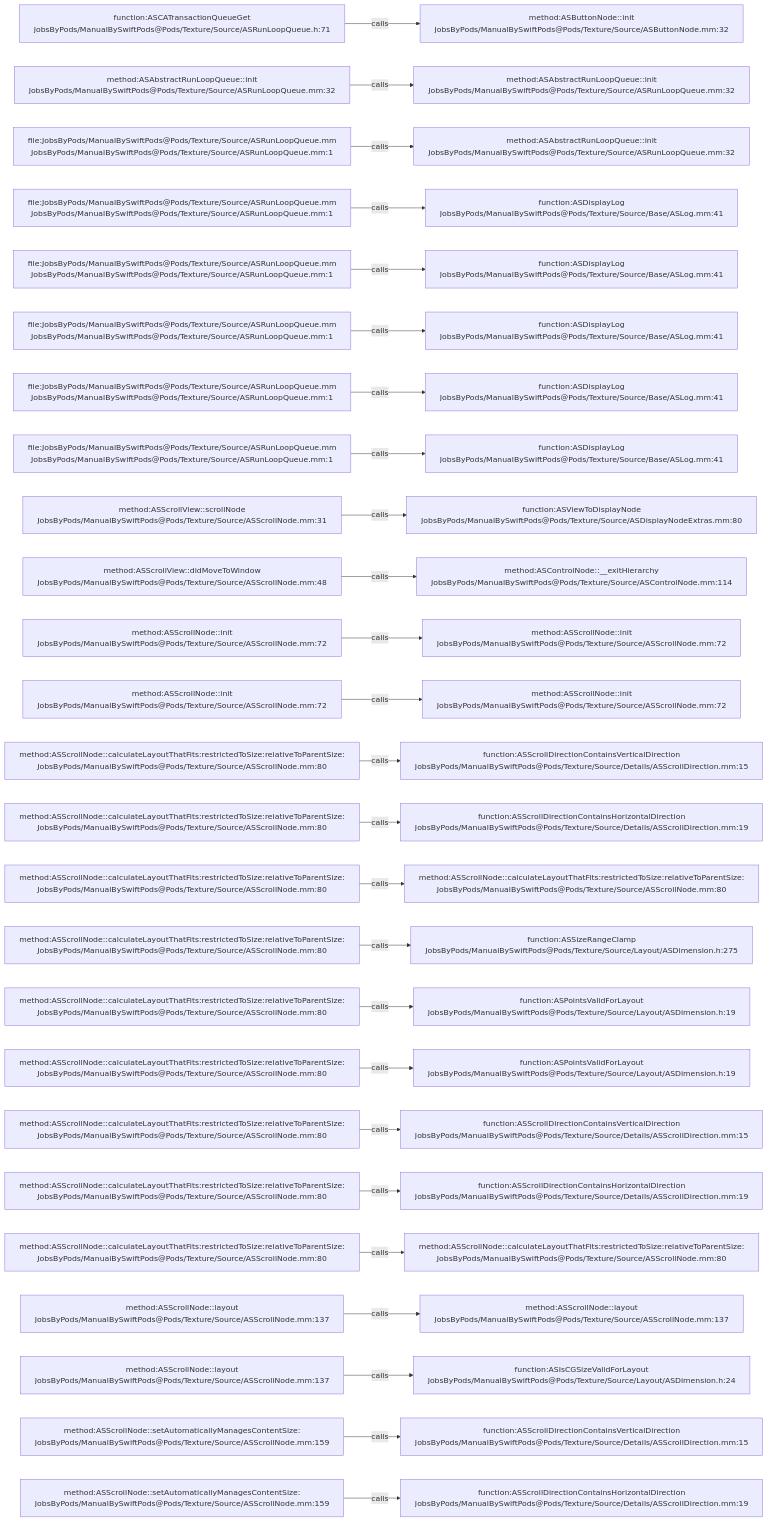
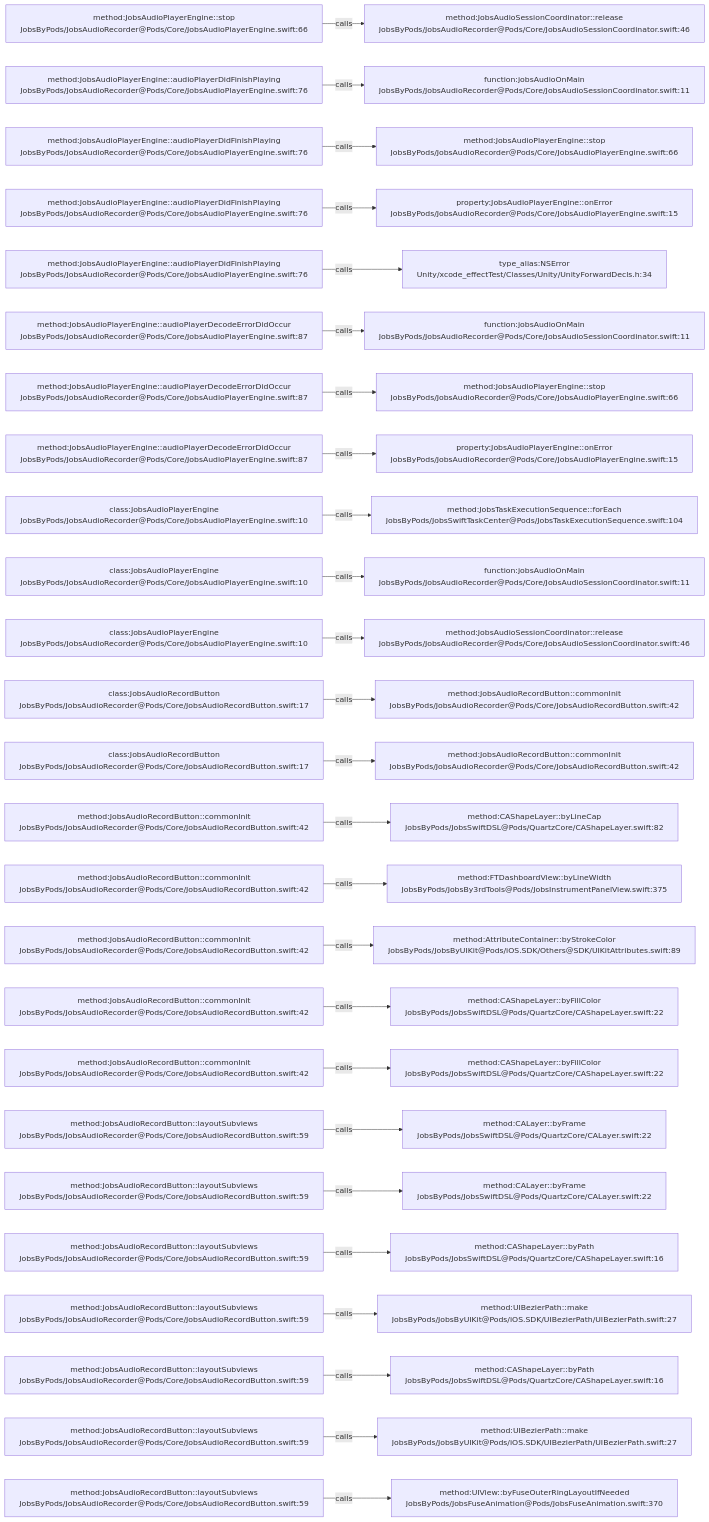
One commit to JobsKits/JobsSwiftBaseConfigDemo changed the diagram in .codegraph/codegraph.md/graphs/calls-053.md. Above: the diagram before and after it, drawn with Mermaid. The commit also changed 224 other files, not shown here.

````diff
--- a/.codegraph/codegraph.md/graphs/calls-053.md
+++ b/.codegraph/codegraph.md/graphs/calls-053.md
@@ -13,78 +13,78 @@
 ```mermaid
 flowchart LR
-  S1["function:ASCATransactionQueueGet<br/>JobsByPods/ManualBySwiftPods@Pods/Texture/Source/ASRunLoopQueue.h:71"]
-  T1["method:ASButtonNode::init<br/>JobsByPods/ManualBySwiftPods@Pods/Texture/Source/ASButtonNode.mm:32"]
+  S1["method:JobsAudioPlayerEngine::stop<br/>JobsByPods/JobsAudioRecorder@Pods/Core/JobsAudioPlayerEngine.swift:66"]
+  T1["method:JobsAudioSessionCoordinator::release<br/>JobsByPods/JobsAudioRecorder@Pods/Core/JobsAudioSessionCoordinator.swift:46"]
   S1 -->|calls| T1
-  S2["method:ASAbstractRunLoopQueue::init<br/>JobsByPods/ManualBySwiftPods@Pods/Texture/Source/ASRunLoopQueue.mm:32"]
-  T2["method:ASAbstractRunLoopQueue::init<br/>JobsByPods/ManualBySwiftPods@Pods/Texture/Source/ASRunLoopQueue.mm:32"]
+  S2["method:JobsAudioPlayerEngine::audioPlayerDidFinishPlaying<br/>JobsByPods/JobsAudioRecorder@Pods/Core/JobsAudioPlayerEngine.swift:76"]
+  T2["function:jobsAudioOnMain<br/>JobsByPods/JobsAudioRecorder@Pods/Core/JobsAudioSessionCoordinator.swift:11"]
   S2 -->|calls| T2
-  S3["file:JobsByPods/ManualBySwiftPods@Pods/Texture/Source/ASRunLoopQueue.mm<br/>JobsByPods/ManualBySwiftPods@Pods/Texture/Source/ASRunLoopQueue.mm:1"]
-  T3["method:ASAbstractRunLoopQueue::init<br/>JobsByPods/ManualBySwiftPods@Pods/Texture/Source/ASRunLoopQueue.mm:32"]
+  S3["method:JobsAudioPlayerEngine::audioPlayerDidFinishPlaying<br/>JobsByPods/JobsAudioRecorder@Pods/Core/JobsAudioPlayerEngine.swift:76"]
+  T3["method:JobsAudioPlayerEngine::stop<br/>JobsByPods/JobsAudioRecorder@Pods/Core/JobsAudioPlayerEngine.swift:66"]
   S3 -->|calls| T3
-  S4["file:JobsByPods/ManualBySwiftPods@Pods/Texture/Source/ASRunLoopQueue.mm<br/>JobsByPods/ManualBySwiftPods@Pods/Texture/Source/ASRunLoopQueue.mm:1"]
-  T4["function:ASDisplayLog<br/>JobsByPods/ManualBySwiftPods@Pods/Texture/Source/Base/ASLog.mm:41"]
+  S4["method:JobsAudioPlayerEngine::audioPlayerDidFinishPlaying<br/>JobsByPods/JobsAudioRecorder@Pods/Core/JobsAudioPlayerEngine.swift:76"]
+  T4["property:JobsAudioPlayerEngine::onError<br/>JobsByPods/JobsAudioRecorder@Pods/Core/JobsAudioPlayerEngine.swift:15"]
   S4 -->|calls| T4
-  S5["file:JobsByPods/ManualBySwiftPods@Pods/Texture/Source/ASRunLoopQueue.mm<br/>JobsByPods/ManualBySwiftPods@Pods/Texture/Source/ASRunLoopQueue.mm:1"]
-  T5["function:ASDisplayLog<br/>JobsByPods/ManualBySwiftPods@Pods/Texture/Source/Base/ASLog.mm:41"]
+  S5["method:JobsAudioPlayerEngine::audioPlayerDidFinishPlaying<br/>JobsByPods/JobsAudioRecorder@Pods/Core/JobsAudioPlayerEngine.swift:76"]
+  T5["type_alias:NSError<br/>Unity/xcode_effectTest/Classes/Unity/UnityForwardDecls.h:34"]
   S5 -->|calls| T5
-  S6["file:JobsByPods/ManualBySwiftPods@Pods/Texture/Source/ASRunLoopQueue.mm<br/>JobsByPods/ManualBySwiftPods@Pods/Texture/Source/ASRunLoopQueue.mm:1"]
-  T6["function:ASDisplayLog<br/>JobsByPods/ManualBySwiftPods@Pods/Texture/Source/Base/ASLog.mm:41"]
+  S6["method:JobsAudioPlayerEngine::audioPlayerDecodeErrorDidOccur<br/>JobsByPods/JobsAudioRecorder@Pods/Core/JobsAudioPlayerEngine.swift:87"]
+  T6["function:jobsAudioOnMain<br/>JobsByPods/JobsAudioRecorder@Pods/Core/JobsAudioSessionCoordinator.swift:11"]
   S6 -->|calls| T6
-  S7["file:JobsByPods/ManualBySwiftPods@Pods/Texture/Source/ASRunLoopQueue.mm<br/>JobsByPods/ManualBySwiftPods@Pods/Texture/Source/ASRunLoopQueue.mm:1"]
-  T7["function:ASDisplayLog<br/>JobsByPods/ManualBySwiftPods@Pods/Texture/Source/Base/ASLog.mm:41"]
+  S7["method:JobsAudioPlayerEngine::audioPlayerDecodeErrorDidOccur<br/>JobsByPods/JobsAudioRecorder@Pods/Core/JobsAudioPlayerEngine.swift:87"]
+  T7["method:JobsAudioPlayerEngine::stop<br/>JobsByPods/JobsAudioRecorder@Pods/Core/JobsAudioPlayerEngine.swift:66"]
   S7 -->|calls| T7
-  S8["file:JobsByPods/ManualBySwiftPods@Pods/Texture/Source/ASRunLoopQueue.mm<br/>JobsByPods/ManualBySwiftPods@Pods/Texture/Source/ASRunLoopQueue.mm:1"]
-  T8["function:ASDisplayLog<br/>JobsByPods/ManualBySwiftPods@Pods/Texture/Source/Base/ASLog.mm:41"]
+  S8["method:JobsAudioPlayerEngine::audioPlayerDecodeErrorDidOccur<br/>JobsByPods/JobsAudioRecorder@Pods/Core/JobsAudioPlayerEngine.swift:87"]
+  T8["property:JobsAudioPlayerEngine::onError<br/>JobsByPods/JobsAudioRecorder@Pods/Core/JobsAudioPlayerEngine.swift:15"]
   S8 -->|calls| T8
-  S9["method:ASScrollView::scrollNode<br/>JobsByPods/ManualBySwiftPods@Pods/Texture/Source/ASScrollNode.mm:31"]
-  T9["function:ASViewToDisplayNode<br/>JobsByPods/ManualBySwiftPods@Pods/Texture/Source/ASDisplayNodeExtras.mm:80"]
+  S9["class:JobsAudioPlayerEngine<br/>JobsByPods/JobsAudioRecorder@Pods/Core/JobsAudioPlayerEngine.swift:10"]
+  T9["method:JobsTaskExecutionSequence::forEach<br/>JobsByPods/JobsSwiftTaskCenter@Pods/JobsTaskExecutionSequence.swift:104"]
   S9 -->|calls| T9
-  S10["method:ASScrollView::didMoveToWindow<br/>JobsByPods/ManualBySwiftPods@Pods/Texture/Source/ASScrollNode.mm:48"]
-  T10["method:ASControlNode::__exitHierarchy<br/>JobsByPods/ManualBySwiftPods@Pods/Texture/Source/ASControlNode.mm:114"]
+  S10["class:JobsAudioPlayerEngine<br/>JobsByPods/JobsAudioRecorder@Pods/Core/JobsAudioPlayerEngine.swift:10"]
+  T10["function:jobsAudioOnMain<br/>JobsByPods/JobsAudioRecorder@Pods/Core/JobsAudioSessionCoordinator.swift:11"]
   S10 -->|calls| T10
-  S11["method:ASScrollNode::init<br/>JobsByPods/ManualBySwiftPods@Pods/Texture/Source/ASScrollNode.mm:72"]
-  T11["method:ASScrollNode::init<br/>JobsByPods/ManualBySwiftPods@Pods/Texture/Source/ASScrollNode.mm:72"]
+  S11["class:JobsAudioPlayerEngine<br/>JobsByPods/JobsAudioRecorder@Pods/Core/JobsAudioPlayerEngine.swift:10"]
+  T11["method:JobsAudioSessionCoordinator::release<br/>JobsByPods/JobsAudioRecorder@Pods/Core/JobsAudioSessionCoordinator.swift:46"]
   S11 -->|calls| T11
-  S12["method:ASScrollNode::init<br/>JobsByPods/ManualBySwiftPods@Pods/Texture/Source/ASScrollNode.mm:72"]
-  T12["method:ASScrollNode::init<br/>JobsByPods/ManualBySwiftPods@Pods/Texture/Source/ASScrollNode.mm:72"]
+  S12["class:JobsAudioRecordButton<br/>JobsByPods/JobsAudioRecorder@Pods/Core/JobsAudioRecordButton.swift:17"]
+  T12["method:JobsAudioRecordButton::commonInit<br/>JobsByPods/JobsAudioRecorder@Pods/Core/JobsAudioRecordButton.swift:42"]
   S12 -->|calls| T12
-  S13["method:ASScrollNode::calculateLayoutThatFits:restrictedToSize:relativeToParentSize:<br/>JobsByPods/ManualBySwiftPods@Pods/Texture/Source/ASScrollNode.mm:80"]
-  T13["function:ASScrollDirectionContainsVerticalDirection<br/>JobsByPods/ManualBySwiftPods@Pods/Texture/Source/Details/ASScrollDirection.mm:15"]
+  S13["class:JobsAudioRecordButton<br/>JobsByPods/JobsAudioRecorder@Pods/Core/JobsAudioRecordButton.swift:17"]
+  T13["method:JobsAudioRecordButton::commonInit<br/>JobsByPods/JobsAudioRecorder@Pods/Core/JobsAudioRecordButton.swift:42"]
   S13 -->|calls| T13
-  S14["method:ASScrollNode::calculateLayoutThatFits:restrictedToSize:relativeToParentSize:<br/>JobsByPods/ManualBySwiftPods@Pods/Texture/Source/ASScrollNode.mm:80"]
-  T14["function:ASScrollDirectionContainsHorizontalDirection<br/>JobsByPods/ManualBySwiftPods@Pods/Texture/Source/Details/ASScrollDirection.mm:19"]
+  S14["method:JobsAudioRecordButton::commonInit<br/>JobsByPods/JobsAudioRecorder@Pods/Core/JobsAudioRecordButton.swift:42"]
+  T14["method:CAShapeLayer::byLineCap<br/>JobsByPods/JobsSwiftDSL@Pods/QuartzCore/CAShapeLayer.swift:82"]
   S14 -->|calls| T14
-  S15["method:ASScrollNode::calculateLayoutThatFits:restrictedToSize:relativeToParentSize:<br/>JobsByPods/ManualBySwiftPods@Pods/Texture/Source/ASScrollNode.mm:80"]
-  T15["method:ASScrollNode::calculateLayoutThatFits:restrictedToSize:relativeToParentSize:<br/>JobsByPods/ManualBySwiftPods@Pods/Texture/Source/ASScrollNode.mm:80"]
+  S15["method:JobsAudioRecordButton::commonInit<br/>JobsByPods/JobsAudioRecorder@Pods/Core/JobsAudioRecordButton.swift:42"]
+  T15["method:FTDashboardView::byLineWidth<br/>JobsByPods/JobsBy3rdTools@Pods/JobsInstrumentPanelView.swift:375"]
   S15 -->|calls| T15
-  S16["method:ASScrollNode::calculateLayoutThatFits:restrictedToSize:relativeToParentSize:<br/>JobsByPods/ManualBySwiftPods@Pods/Texture/Source/ASScrollNode.mm:80"]
-  T16["function:ASSizeRangeClamp<br/>JobsByPods/ManualBySwiftPods@Pods/Texture/Source/Layout/ASDimension.h:275"]
+  S16["method:JobsAudioRecordButton::commonInit<br/>JobsByPods/JobsAudioRecorder@Pods/Core/JobsAudioRecordButton.swift:42"]
+  T16["method:AttributeContainer::byStrokeColor<br/>JobsByPods/JobsByUIKit@Pods/iOS.SDK/Others@SDK/UIKitAttributes.swift:89"]
   S16 -->|calls| T16
-  S17["method:ASScrollNode::calculateLayoutThatFits:restrictedToSize:relativeToParentSize:<br/>JobsByPods/ManualBySwiftPods@Pods/Texture/Source/ASScrollNode.mm:80"]
-  T17["function:ASPointsValidForLayout<br/>JobsByPods/ManualBySwiftPods@Pods/Texture/Source/Layout/ASDimension.h:19"]
+  S17["method:JobsAudioRecordButton::commonInit<br/>JobsByPods/JobsAudioRecorder@Pods/Core/JobsAudioRecordButton.swift:42"]
+  T17["method:CAShapeLayer::byFillColor<br/>JobsByPods/JobsSwiftDSL@Pods/QuartzCore/CAShapeLayer.swift:22"]
   S17 -->|calls| T17
-  S18["method:ASScrollNode::calculateLayoutThatFits:restrictedToSize:relativeToParentSize:<br/>JobsByPods/ManualBySwiftPods@Pods/Texture/Source/ASScrollNode.mm:80"]
-  T18["function:ASPointsValidForLayout<br/>JobsByPods/ManualBySwiftPods@Pods/Texture/Source/Layout/ASDimension.h:19"]
+  S18["method:JobsAudioRecordButton::commonInit<br/>JobsByPods/JobsAudioRecorder@Pods/Core/JobsAudioRecordButton.swift:42"]
+  T18["method:CAShapeLayer::byFillColor<br/>JobsByPods/JobsSwiftDSL@Pods/QuartzCore/CAShapeLayer.swift:22"]
   S18 -->|calls| T18
-  S19["method:ASScrollNode::calculateLayoutThatFits:restrictedToSize:relativeToParentSize:<br/>JobsByPods/ManualBySwiftPods@Pods/Texture/Source/ASScrollNode.mm:80"]
-  T19["function:ASScrollDirectionContainsVerticalDirection<br/>JobsByPods/ManualBySwiftPods@Pods/Texture/Source/Details/ASScrollDirection.mm:15"]
+  S19["method:JobsAudioRecordButton::layoutSubviews<br/>JobsByPods/JobsAudioRecorder@Pods/Core/JobsAudioRecordButton.swift:59"]
+  T19["method:CALayer::byFrame<br/>JobsByPods/JobsSwiftDSL@Pods/QuartzCore/CALayer.swift:22"]
   S19 -->|calls| T19
-  S20["method:ASScrollNode::calculateLayoutThatFits:restrictedToSize:relativeToParentSize:<br/>JobsByPods/ManualBySwiftPods@Pods/Texture/Source/ASScrollNode.mm:80"]
-  T20["function:ASScrollDirectionContainsHorizontalDirection<br/>JobsByPods/ManualBySwiftPods@Pods/Texture/Source/Details/ASScrollDirection.mm:19"]
+  S20["method:JobsAudioRecordButton::layoutSubviews<br/>JobsByPods/JobsAudioRecorder@Pods/Core/JobsAudioRecordButton.swift:59"]
+  T20["method:CALayer::byFrame<br/>JobsByPods/JobsSwiftDSL@Pods/QuartzCore/CALayer.swift:22"]
   S20 -->|calls| T20
-  S21["method:ASScrollNode::calculateLayoutThatFits:restrictedToSize:relativeToParentSize:<br/>JobsByPods/ManualBySwiftPods@Pods/Texture/Source/ASScrollNode.mm:80"]
-  T21["method:ASScrollNode::calculateLayoutThatFits:restrictedToSize:relativeToParentSize:<br/>JobsByPods/ManualBySwiftPods@Pods/Texture/Source/ASScrollNode.mm:80"]
+  S21["method:JobsAudioRecordButton::layoutSubviews<br/>JobsByPods/JobsAudioRecorder@Pods/Core/JobsAudioRecordButton.swift:59"]
+  T21["method:CAShapeLayer::byPath<br/>JobsByPods/JobsSwiftDSL@Pods/QuartzCore/CAShapeLayer.swift:16"]
   S21 -->|calls| T21
-  S22["method:ASScrollNode::layout<br/>JobsByPods/ManualBySwiftPods@Pods/Texture/Source/ASScrollNode.mm:137"]
-  T22["method:ASScrollNode::layout<br/>JobsByPods/ManualBySwiftPods@Pods/Texture/Source/ASScrollNode.mm:137"]
+  S22["method:JobsAudioRecordButton::layoutSubviews<br/>JobsByPods/JobsAudioRecorder@Pods/Core/JobsAudioRecordButton.swift:59"]
+  T22["method:UIBezierPath::make<br/>JobsByPods/JobsByUIKit@Pods/iOS.SDK/UIBezierPath/UIBezierPath.swift:27"]
   S22 -->|calls| T22
-  S23["method:ASScrollNode::layout<br/>JobsByPods/ManualBySwiftPods@Pods/Texture/Source/ASScrollNode.mm:137"]
-  T23["function:ASIsCGSizeValidForLayout<br/>JobsByPods/ManualBySwiftPods@Pods/Texture/Source/Layout/ASDimension.h:24"]
+  S23["method:JobsAudioRecordButton::layoutSubviews<br/>JobsByPods/JobsAudioRecorder@Pods/Core/JobsAudioRecordButton.swift:59"]
+  T23["method:CAShapeLayer::byPath<br/>JobsByPods/JobsSwiftDSL@Pods/QuartzCore/CAShapeLayer.swift:16"]
   S23 -->|calls| T23
-  S24["method:ASScrollNode::setAutomaticallyManagesContentSize:<br/>JobsByPods/ManualBySwiftPods@Pods/Texture/Source/ASScrollNode.mm:159"]
-  T24["function:ASScrollDirectionContainsVerticalDirection<br/>JobsByPods/ManualBySwiftPods@Pods/Texture/Source/Details/ASScrollDirection.mm:15"]
+  S24["method:JobsAudioRecordButton::layoutSubviews<br/>JobsByPods/JobsAudioRecorder@Pods/Core/JobsAudioRecordButton.swift:59"]
+  T24["method:UIBezierPath::make<br/>JobsByPods/JobsByUIKit@Pods/iOS.SDK/UIBezierPath/UIBezierPath.swift:27"]
   S24 -->|calls| T24
-  S25["method:ASScrollNode::setAutomaticallyManagesContentSize:<br/>JobsByPods/ManualBySwiftPods@Pods/Texture/Source/ASScrollNode.mm:159"]
-  T25["function:ASScrollDirectionContainsHorizontalDirection<br/>JobsByPods/ManualBySwiftPods@Pods/Texture/Source/Details/ASScrollDirection.mm:19"]
+  S25["method:JobsAudioRecordButton::layoutSubviews<br/>JobsByPods/JobsAudioRecorder@Pods/Core/JobsAudioRecordButton.swift:59"]
+  T25["method:UIView::byFuseOuterRingLayoutIfNeeded<br/>JobsByPods/JobsFuseAnimation@Pods/JobsFuseAnimation.swift:370"]
   S25 -->|calls| T25
 ```
````
